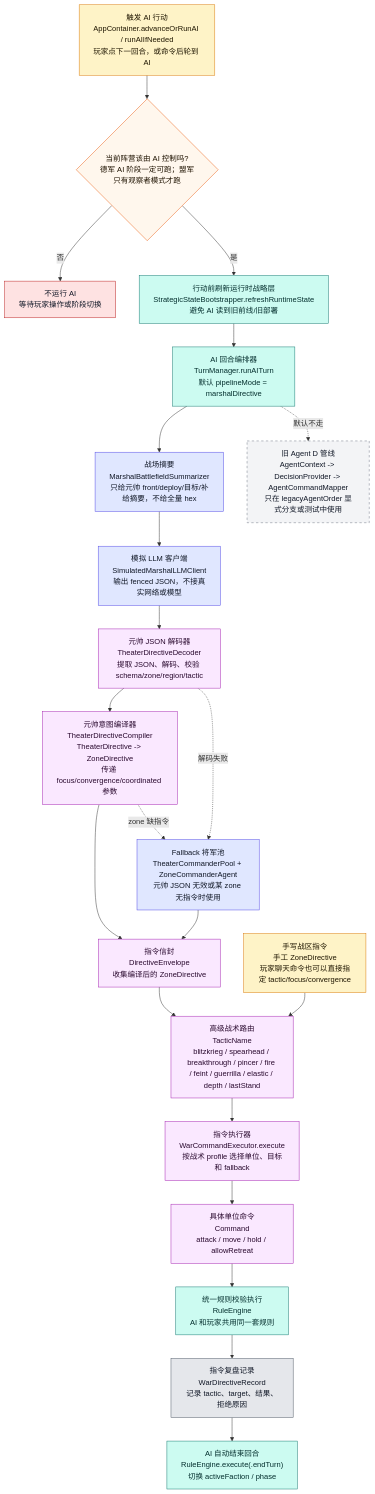
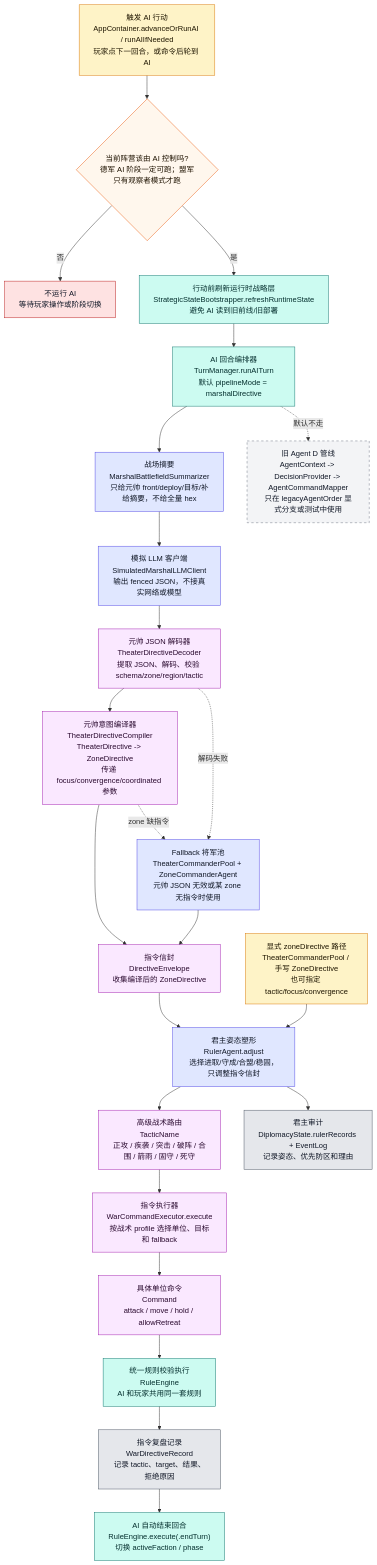
One commit to Altman-sam114/121 changed the fourth of 9 diagrams in md/flow/flowchart.md. Above: the diagram before and after it, drawn with Mermaid. The commit also changed other lines of this file and 9 other files, not shown here.

Commit message:
feat(ai): apply ruler directive shaping

````diff
--- a/md/flow/flowchart.md
+++ b/md/flow/flowchart.md
@@ -240,43 +246,46 @@
 ```mermaid
 flowchart TD
     START["触发 AI 行动<br/>AppContainer.advanceOrRunAI / runAIIfNeeded<br/>玩家点下一回合，或命令后轮到 AI"]:::input
     CHECK{"当前阵营该由 AI 控制吗?<br/>德军 AI 阶段一定可跑；盟军只有观察者模式才跑"}:::decision
     STOP["不运行 AI<br/>等待玩家操作或阶段切换"]:::stop
     REFRESH["行动前刷新运行时战略层<br/>StrategicStateBootstrapper.refreshRuntimeState<br/>避免 AI 读到旧前线/旧部署"]:::rules
     TM["AI 回合编排器<br/>TurnManager.runAITurn<br/>默认 pipelineMode = marshalDirective"]:::rules
     SUM["战场摘要<br/>MarshalBattlefieldSummarizer<br/>只给元帅 front/deploy/目标/补给摘要，不给全量 hex"]:::ai
     LLM["模拟 LLM 客户端<br/>SimulatedMarshalLLMClient<br/>输出 fenced JSON，不接真实网络或模型"]:::ai
     DEC["元帅 JSON 解码器<br/>TheaterDirectiveDecoder<br/>提取 JSON、解码、校验 schema/zone/region/tactic"]:::command
     COMP["元帅意图编译器<br/>TheaterDirectiveCompiler<br/>TheaterDirective -> ZoneDirective<br/>传递 focus/convergence/coordinated 参数"]:::command
     ENV["指令信封<br/>DirectiveEnvelope<br/>收集编译后的 ZoneDirective"]:::command
-    TACTIC["高级战术路由<br/>TacticName<br/>blitzkrieg / spearhead / breakthrough / pincer / fire / feint / guerrilla / elastic / depth / lastStand"]:::command
+    RULER["君主姿态塑形<br/>RulerAgent.adjust<br/>选择进取/守成/合盟/稳固，只调整指令信封"]:::ai
+    DIP["君主审计<br/>DiplomacyState.rulerRecords + EventLog<br/>记录姿态、优先防区和理由"]:::ui
+    TACTIC["高级战术路由<br/>TacticName<br/>正攻 / 疾袭 / 突击 / 破阵 / 合围 / 箭雨 / 固守 / 死守"]:::command
     WCE["指令执行器<br/>WarCommandExecutor.execute<br/>按战术 profile 选择单位、目标和 fallback"]:::command
     BOTTOM["具体单位命令<br/>Command<br/>attack / move / hold / allowRetreat"]:::command
     RE["统一规则校验执行<br/>RuleEngine<br/>AI 和玩家共用同一套规则"]:::rules
     RECORD["指令复盘记录<br/>WarDirectiveRecord<br/>记录 tactic、target、结果、拒绝原因"]:::ui
     END["AI 自动结束回合<br/>RuleEngine.execute(.endTurn)<br/>切换 activeFaction / phase"]:::rules
 
     START --> CHECK
     CHECK -->|否| STOP
     CHECK -->|是| REFRESH --> TM --> SUM --> LLM --> DEC --> COMP --> ENV
-    ENV --> TACTIC --> WCE --> BOTTOM --> RE --> RECORD --> END
+    ENV --> RULER --> TACTIC --> WCE --> BOTTOM --> RE --> RECORD --> END
+    RULER --> DIP
 
     FALLBACK["Fallback 将军池<br/>TheaterCommanderPool + ZoneCommanderAgent<br/>元帅 JSON 无效或某 zone 无指令时使用"]:::ai
     DEC -.解码失败.-> FALLBACK --> ENV
     COMP -.zone 缺指令.-> FALLBACK
 
     LEGACY["旧 Agent D 管线<br/>AgentContext -> DecisionProvider -> AgentCommandMapper<br/>只在 legacyAgentOrder 显式分支或测试中使用"]:::legacy
     TM -.默认不走.-> LEGACY
 
-    MANUAL["手写战区指令<br/>手工 ZoneDirective<br/>玩家聊天命令也可以直接指定 tactic/focus/convergence"]:::input
-    MANUAL --> TACTIC
+    MANUAL["显式 zoneDirective 路径<br/>TheaterCommanderPool / 手写 ZoneDirective<br/>也可指定 tactic/focus/convergence"]:::input
+    MANUAL --> RULER
 
     classDef input fill:#fef3c7,stroke:#d97706,color:#1f1600
     classDef decision fill:#fff7ed,stroke:#ea580c,color:#1f1300
     classDef stop fill:#fee2e2,stroke:#b91c1c,color:#111827
     classDef rules fill:#ccfbf1,stroke:#0f766e,color:#042f2e
     classDef ai fill:#e0e7ff,stroke:#4f46e5,color:#111827
     classDef command fill:#fae8ff,stroke:#a21caf,color:#2a0a2f
     classDef ui fill:#e5e7eb,stroke:#4b5563,color:#111827
     classDef legacy fill:#f3f4f6,stroke:#6b7280,stroke-dasharray:5 5,color:#111827
 ```
````
